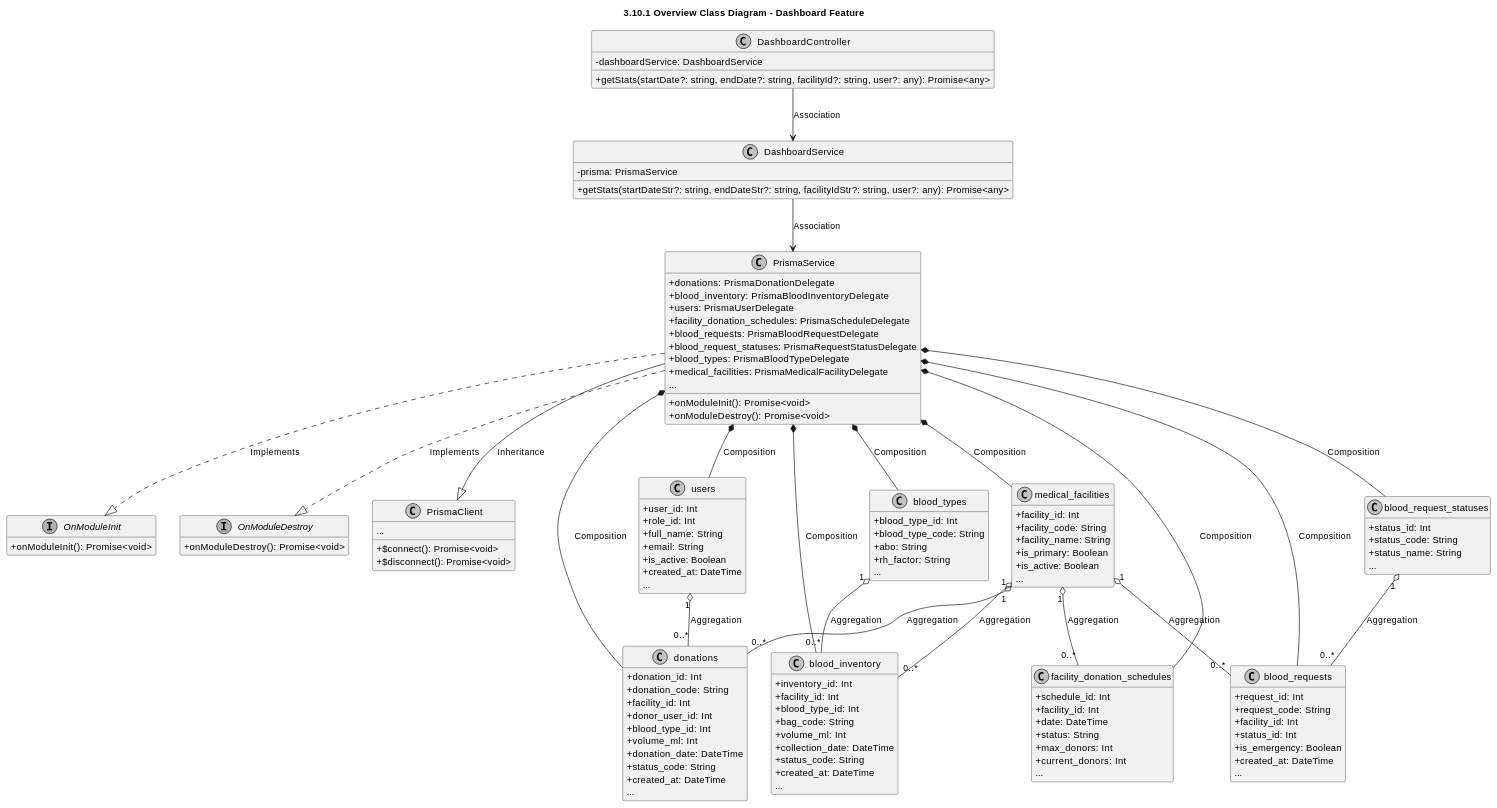
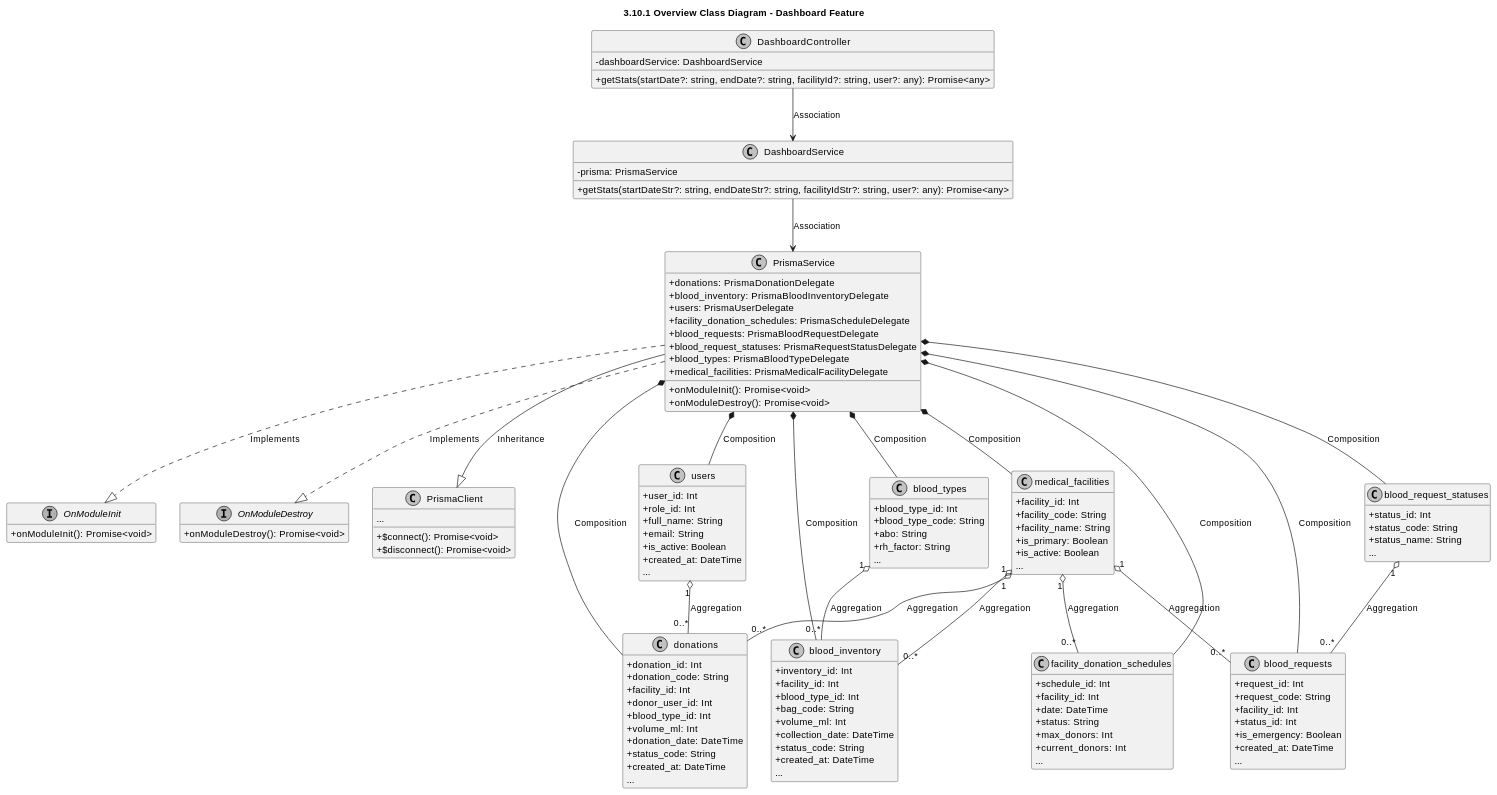
One commit to CuongBC195/class-diagram-donation-blood changed the first of 2 diagrams in modules_plantuml/10_dashboard.md. Above: the diagram before and after it, drawn with PlantUML. The commit also changed other lines of this file and 41 other files, not shown here.

Commit message:
fix(diagrams): remove duplicate ellipses and resolve swimlane text collisions for enums and utilities

```diff
--- a/modules_plantuml/10_dashboard.md
+++ b/modules_plantuml/10_dashboard.md
@@ -45,7 +45,6 @@
   +blood_request_statuses: PrismaRequestStatusDelegate
   +blood_types: PrismaBloodTypeDelegate
   +medical_facilities: PrismaMedicalFacilityDelegate
-  ...
   +onModuleInit(): Promise<void>
   +onModuleDestroy(): Promise<void>
 }
```
